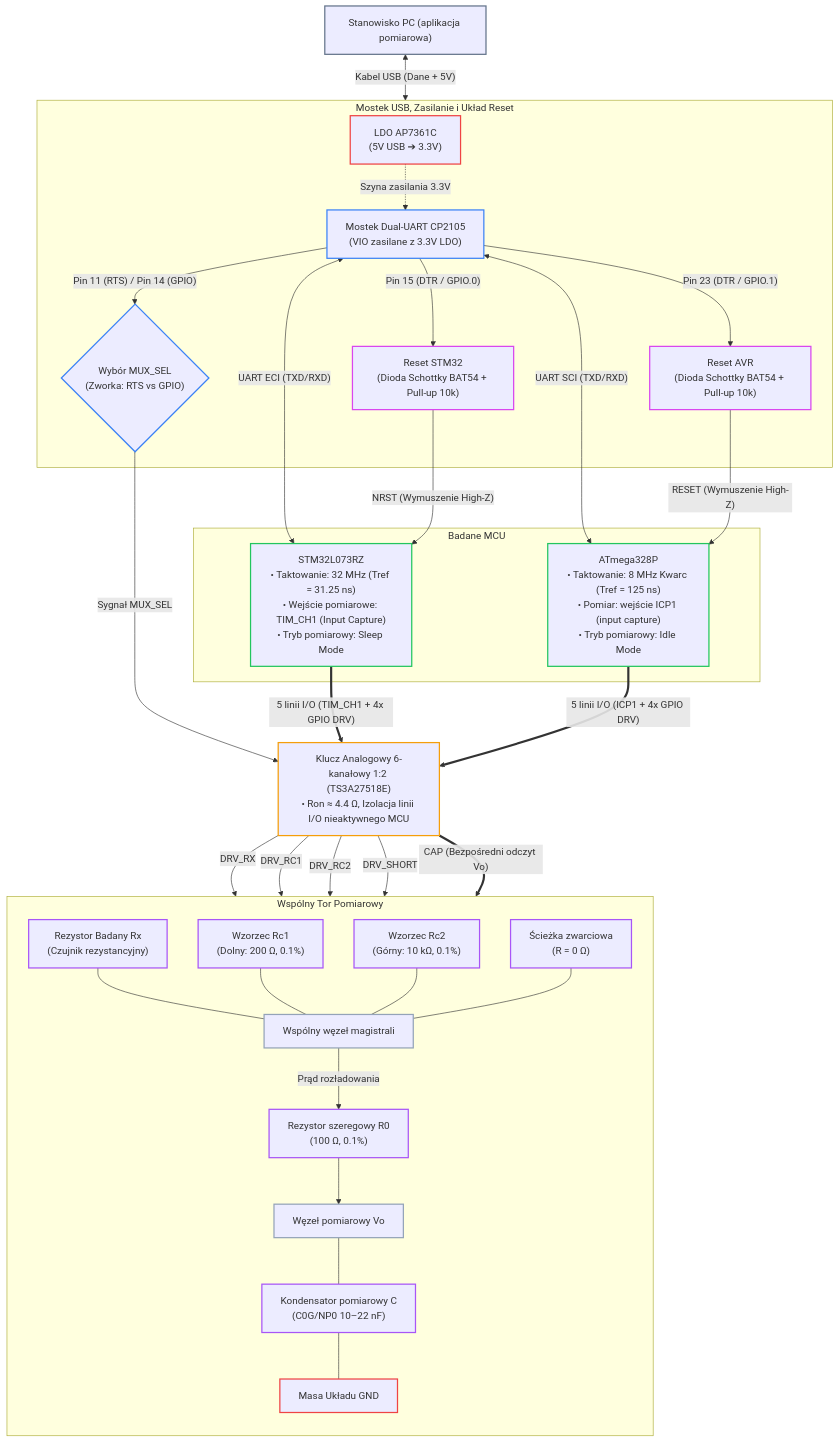
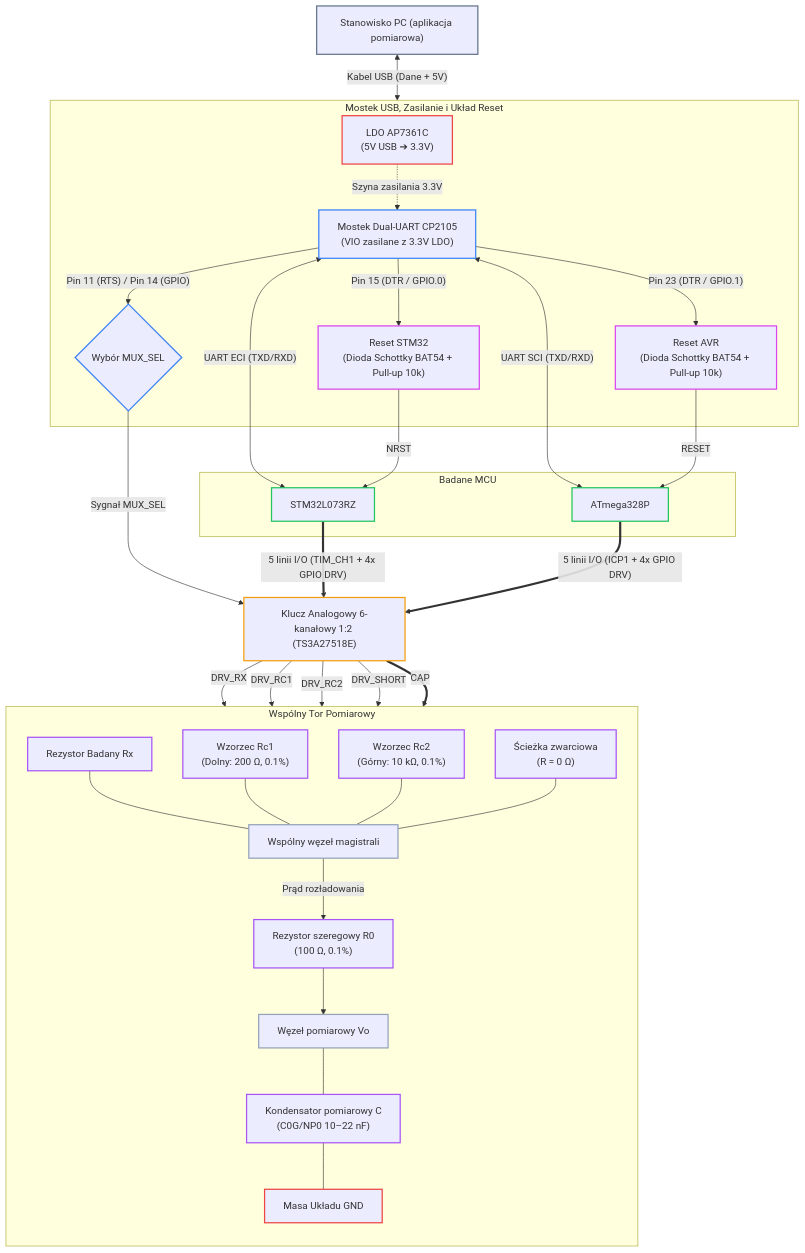
The diagram in docs/concept.md (trebuHE/PDM-DIC-RS), drawn with Mermaid before and after one commit.

Commit message:
update block diagram

````diff
--- a/docs/concept.md
+++ b/docs/concept.md
@@ -29,74 +29,74 @@
 ```mermaid
   flowchart TB
     subgraph InterfaceSection["Mostek USB, Zasilanie i Układ Reset"]
         LDO["LDO AP7361C\n(5V USB ➔ 3.3V)"]:::pwrStyle
         CP2105["Mostek Dual-UART CP2105\n(VIO zasilane z 3.3V LDO)"]:::commStyle
         RST_STM["Reset STM32\n(Dioda Schottky BAT54 + Pull-up 10k)"]:::rstStyle
         RST_AVR["Reset AVR\n(Dioda Schottky BAT54 + Pull-up 10k)"]:::rstStyle
-        MUX_JUMP{"Wybór MUX_SEL\n(Zworka: RTS vs GPIO)"}:::commStyle
+        MUX_JUMP{"Wybór MUX_SEL"}:::commStyle
     end
 
     subgraph MCUSection["Badane MCU"]
-        STM32["STM32L073RZ\n• Taktowanie: 32 MHz (Tref = 31.25 ns)\n• Wejście pomiarowe: TIM_CH1 (Input Capture)\n• Tryb pomiarowy: Sleep Mode"]:::mcuStyle
-        AVR["ATmega328P\n• Taktowanie: 8 MHz Kwarc (Tref = 125 ns)\n• Pomiar: wejście ICP1 (input capture)\n• Tryb pomiarowy: Idle Mode"]:::mcuStyle
+        STM32["STM32L073RZ"]:::mcuStyle
+        AVR["ATmega328P"]:::mcuStyle
     end
 
-    MUX["Klucz Analogowy 6-kanałowy 1:2 (TS3A27518E)\n• Ron ≈ 4.4 Ω, Izolacja linii I/O nieaktywnego MCU"]:::muxStyle
+    MUX["Klucz Analogowy 6-kanałowy 1:2 (TS3A27518E)"]:::muxStyle
 
     subgraph CircuitSection["Wspólny Tor Pomiarowy"]
         direction TB
-        RX["Rezystor Badany Rx\n(Czujnik rezystancyjny)"]:::circuitStyle
+        RX["Rezystor Badany Rx"]:::circuitStyle
         RC1["Wzorzec Rc1\n(Dolny: 200 Ω, 0.1%)"]:::circuitStyle
         RC2["Wzorzec Rc2\n(Górny: 10 kΩ, 0.1%)"]:::circuitStyle
         SHORT["Ścieżka zwarciowa\n(R = 0 Ω)"]:::circuitStyle
 
         SUM_NODE["Wspólny węzeł magistrali"]:::nodeStyle
         R0["Rezystor szeregowy R0\n(100 Ω, 0.1%)"]:::circuitStyle
         VO_NODE["Węzeł pomiarowy Vo"]:::nodeStyle
         CAP_C["Kondensator pomiarowy C\n(C0G/NP0 10–22 nF)"]:::circuitStyle
         GND["Masa Układu GND"]:::pwrStyle
     end
 
     PC["Stanowisko PC (aplikacja pomiarowa)"]:::pcStyle
     PC <-->|"Kabel USB (Dane + 5V)"| InterfaceSection
     LDO -.->|"Szyna zasilania 3.3V"| CP2105
     
     CP2105 -->|"Pin 15 (DTR / GPIO.0)"| RST_STM
     CP2105 -->|"Pin 23 (DTR / GPIO.1)"| RST_AVR
     CP2105 -->|"Pin 11 (RTS) / Pin 14 (GPIO)"| MUX_JUMP
 
     CP2105 <-->|"UART ECI (TXD/RXD)"| STM32
     CP2105 <-->|"UART SCI (TXD/RXD)"| AVR
 
-    RST_STM -->|"NRST (Wymuszenie High-Z)"| STM32
-    RST_AVR -->|"RESET (Wymuszenie High-Z)"| AVR
+    RST_STM -->|"NRST"| STM32
+    RST_AVR -->|"RESET"| AVR
 
     MUX_JUMP -->|"Sygnał MUX_SEL"| MUX
     STM32 ==>|"5 linii I/O (TIM_CH1 + 4x GPIO DRV)"| MUX
     AVR ==>|"5 linii I/O (ICP1 + 4x GPIO DRV)"| MUX
 
     RX --- SUM_NODE
     RC1 --- SUM_NODE
     RC2 --- SUM_NODE
     SHORT --- SUM_NODE
 
     SUM_NODE -->|"Prąd rozładowania"| R0
     R0 --> VO_NODE
     VO_NODE --- CAP_C
     CAP_C --- GND
 
     MUX -->|"DRV_RX"| RX
     MUX -->|"DRV_RC1"| RC1
     MUX -->|"DRV_RC2"| RC2
     MUX -->|"DRV_SHORT"| SHORT
-    MUX ==>|"CAP (Bezpośredni odczyt Vo)"| VO_NODE
+    MUX ==>|"CAP"| VO_NODE
 
     classDef pcStyle stroke:#64748b,stroke-width:2px;
     classDef pwrStyle stroke:#ef4444,stroke-width:2px;
     classDef commStyle stroke:#3b82f6,stroke-width:2px;
     classDef rstStyle stroke:#d946ef,stroke-width:2px;
     classDef mcuStyle stroke:#22c55e,stroke-width:2px;
     classDef muxStyle stroke:#f59e0b,stroke-width:2px;
     classDef circuitStyle stroke:#a855f7,stroke-width:2px;
     classDef nodeStyle stroke:#94a3b8,stroke-width:2px;
 ```
````
